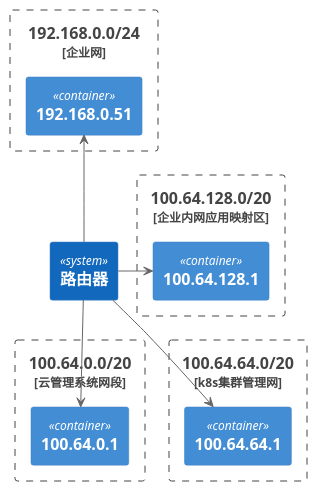
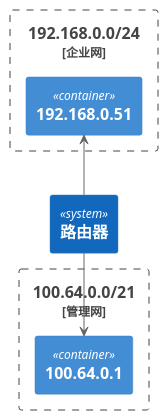
Before and after one commit to gardenerframework/impatiens: the second of 4 diagrams in 云与虚拟化/调度系统/k8s/实践/实验环境/readme.md, drawn with PlantUML. The commit also changed other lines of this file and 1 other file, not shown here.

````diff
--- a/云与虚拟化/调度系统/k8s/实践/实验环境/readme.md
+++ b/云与虚拟化/调度系统/k8s/实践/实验环境/readme.md
@@ -39,27 +38,17 @@
 ```plantuml
 @startuml
 !include  https://plantuml.s3.cn-north-1.jdcloud-oss.com/C4_Container.puml
 
 System(路由器, 路由器)
 Boundary(192.168.0.0/24, 192.168.0.0/24, 企业网) {
     Container(192.168.0.51, 192.168.0.51)
 }
 
-Boundary(100.64.0.0/20, 100.64.0.0/20, 云管理系统网段) {
+Boundary(100.64.0.0/21, 100.64.0.0/21, 管理网) {
     Container(100.64.0.1, 100.64.0.1)
-}
-
-Boundary(100.64.64.0/20, 100.64.64.0/20, k8s集群管理网) {
-    Container(100.64.64.1, 100.64.64.1)
-}
-
-Boundary(100.64.128.0/20, 100.64.128.0/20, 企业内网应用映射区) {
-    Container(100.64.128.1, 100.64.128.1)
 }
 
 路由器 -u-> 192.168.0.51
 路由器 -d-> 100.64.0.1
-路由器 -d-> 100.64.64.1
-路由器 -r-> 100.64.128.1
 @enduml
 ```
````
